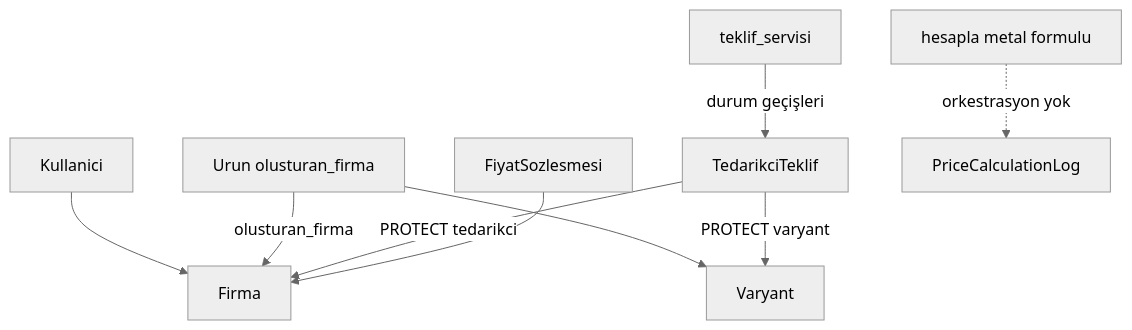
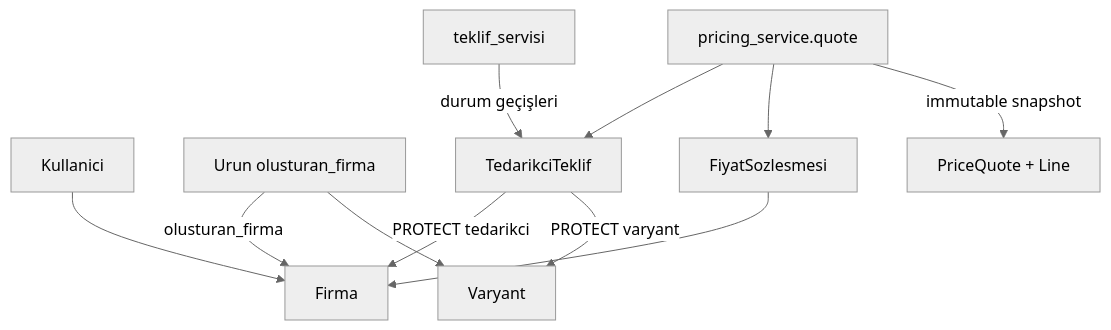
Before and after one commit to Qubitda/kuyumbank: the diagram in docs/architecture/mevcut-mimari.md, drawn with Mermaid (neutral theme). The commit also changed other lines of this file and 27 other files, not shown here.

First line of the commit message:
feat: Dilim 3.4-3.5 fiyat motoru, CurrencyConversion ve PriceQuote

````diff
--- a/docs/architecture/mevcut-mimari.md
+++ b/docs/architecture/mevcut-mimari.md
@@ -50,20 +59,22 @@
 ```mermaid
 flowchart TD
   Firma[Firma]
   Kullanici[Kullanici]
   Urun[Urun olusturan_firma]
   Varyant[Varyant]
   Teklif[TedarikciTeklif]
   Servis[teklif_servisi]
   Sozlesme[FiyatSozlesmesi]
-  Hesapla[hesapla metal formulu]
-  Log[PriceCalculationLog]
+  QuoteSvc[pricing_service.quote]
+  PQ[PriceQuote + Line]
   Kullanici --> Firma
   Urun -->|"olusturan_firma"| Firma
   Urun --> Varyant
   Teklif -->|"PROTECT tedarikci"| Firma
   Teklif -->|"PROTECT varyant"| Varyant
   Servis -->|"durum geçişleri"| Teklif
   Sozlesme --> Firma
-  Hesapla -.->|"orkestrasyon yok"| Log
+  QuoteSvc --> Teklif
+  QuoteSvc --> Sozlesme
+  QuoteSvc -->|"immutable snapshot"| PQ
 ```
````
